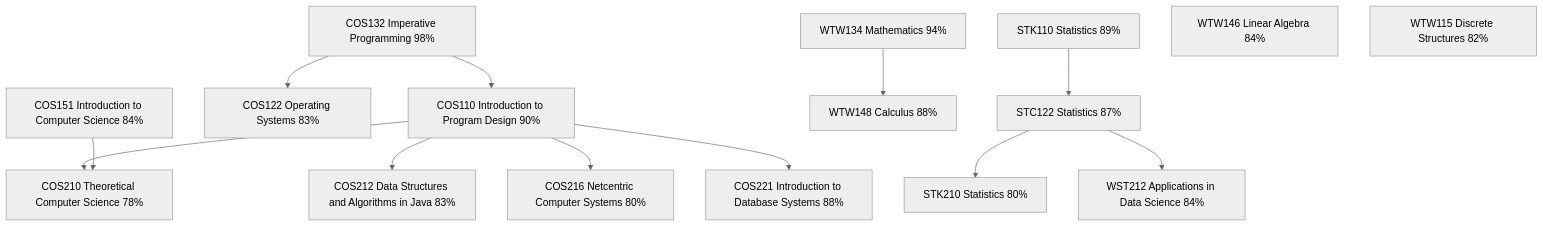
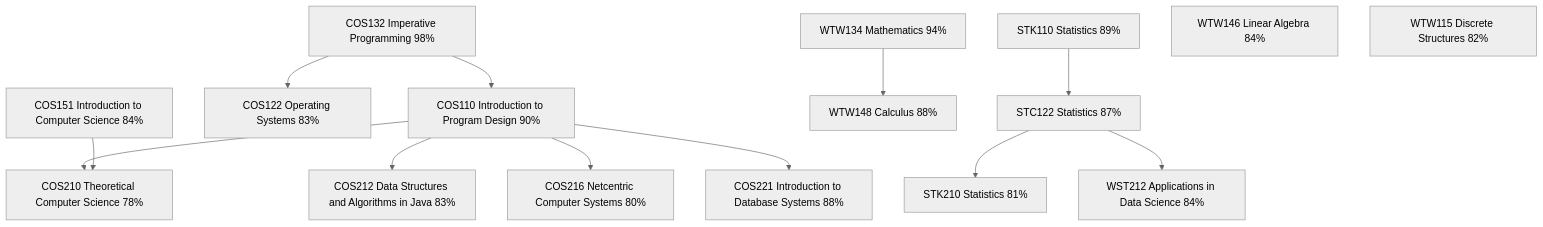
One commit to FJNel/FJNel changed the diagram in README.md. Above: the diagram before and after it, drawn with Mermaid (neutral theme). The commit also changed other lines of this file, not shown here.

````diff
--- a/README.md
+++ b/README.md
@@ -11,16 +11,16 @@
 ```mermaid
 graph TD
     COS132["COS132 Imperative Programming 98%"] --> COS110["COS110 Introduction to Program Design 90%"]
     COS132 --> COS122["COS122 Operating Systems 83%"]
     STK110["STK110 Statistics 89%"] --> STC122["STC122 Statistics 87%"]
     WTW134["WTW134 Mathematics 94%"] --> WTW148["WTW148 Calculus 88%"]
     WTW146["WTW146 Linear Algebra 84%"]
     WTW115["WTW115 Discrete Structures 82%"]
     COS110 --> COS210["COS210 Theoretical Computer Science 78%"]
     COS151["COS151 Introduction to Computer Science 84%"] --> COS210
     COS110 --> COS212["COS212 Data Structures and Algorithms in Java 83%"]
     COS110 --> COS216["COS216 Netcentric Computer Systems 80%"]
     COS110 --> COS221["COS221 Introduction to Database Systems 88%"]
-    STC122 --> STK210["STK210 Statistics 80%"]
+    STC122 --> STK210["STK210 Statistics 81%"]
     STC122 --> WST212["WST212 Applications in Data Science 84%"]
 ```
````
